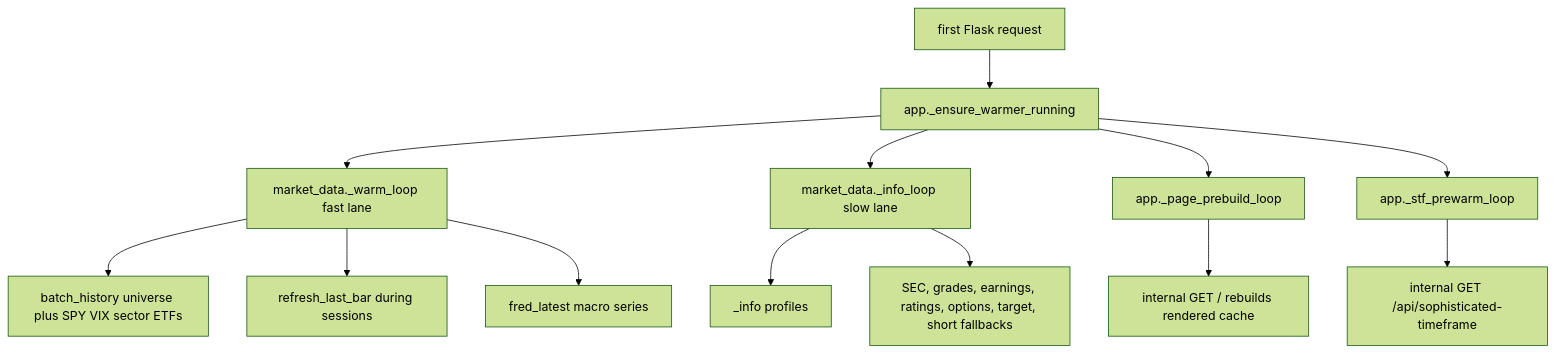
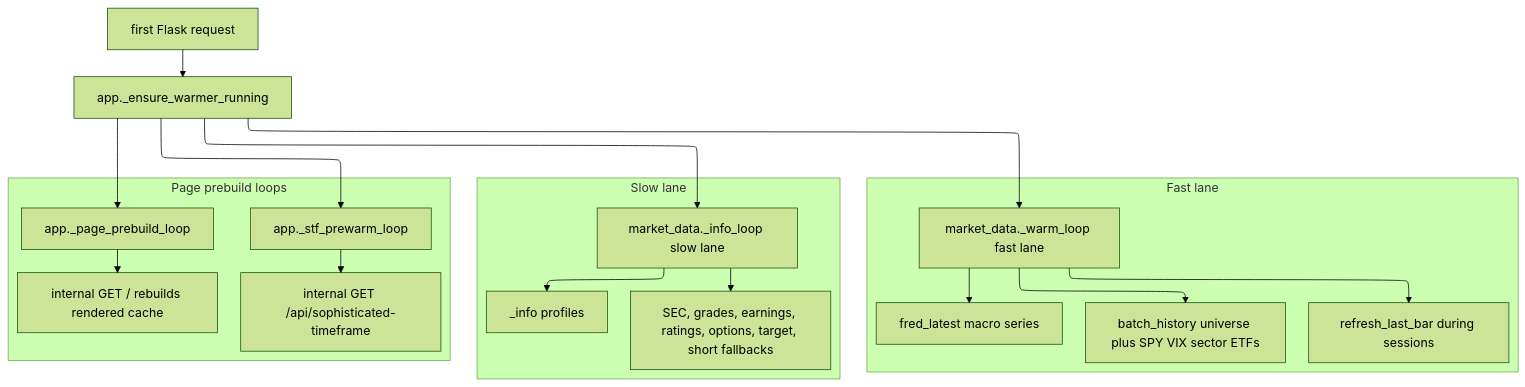
The diagram in openwiki/data/market-data-cache-and-warmers.md (repbyrepdev/yahoo_losers_webapp), drawn with Mermaid (forest theme) before and after one commit. The commit also changed 6 other files, not shown here.

First line of the commit message:
Diagram sweep: ELK + structural subgraphs across all seven flowcharts (#94)

````diff
--- a/openwiki/data/market-data-cache-and-warmers.md
+++ b/openwiki/data/market-data-cache-and-warmers.md
@@ -70,15 +70,33 @@
 ```mermaid
+%%{init: {"flowchart": {"defaultRenderer": "elk"}}}%%
 flowchart TD
-    FirstRequest["first Flask request"] --> Ensure["app._ensure_warmer_running"]
-    Ensure --> Fast["market_data._warm_loop fast lane"]
-    Ensure --> Slow["market_data._info_loop slow lane"]
-    Ensure --> Page["app._page_prebuild_loop"]
-    Ensure --> Timeframe["app._stf_prewarm_loop"]
-    Fast --> Batch["batch_history universe plus SPY VIX sector ETFs"]
-    Fast --> LastBar["refresh_last_bar during sessions"]
-    Fast --> FRED["fred_latest macro series"]
-    Slow --> Info["_info profiles"]
-    Slow --> Expensive["SEC, grades, earnings, ratings, options, target, short fallbacks"]
-    Page --> Home["internal GET / rebuilds rendered cache"]
-    Timeframe --> STF["internal GET /api/sophisticated-timeframe"]
+  FirstRequest["first Flask request"] --> Ensure["app._ensure_warmer_running"]
+  subgraph FastLane["Fast lane"]
+    Fast["market_data._warm_loop fast lane"]
+    Batch["batch_history universe plus SPY VIX sector ETFs"]
+    LastBar["refresh_last_bar during sessions"]
+    FRED["fred_latest macro series"]
+  end
+  subgraph SlowLane["Slow lane"]
+    Slow["market_data._info_loop slow lane"]
+    Info["_info profiles"]
+    Expensive["SEC, grades, earnings, ratings, options, target, short fallbacks"]
+  end
+  subgraph PageLoops["Page prebuild loops"]
+    Page["app._page_prebuild_loop"]
+    Home["internal GET / rebuilds rendered cache"]
+    Timeframe["app._stf_prewarm_loop"]
+    STF["internal GET /api/sophisticated-timeframe"]
+  end
+  Ensure --> Fast
+  Ensure --> Slow
+  Ensure --> Page
+  Ensure --> Timeframe
+  Fast --> Batch
+  Fast --> LastBar
+  Fast --> FRED
+  Slow --> Info
+  Slow --> Expensive
+  Page --> Home
+  Timeframe --> STF
 ```
````
